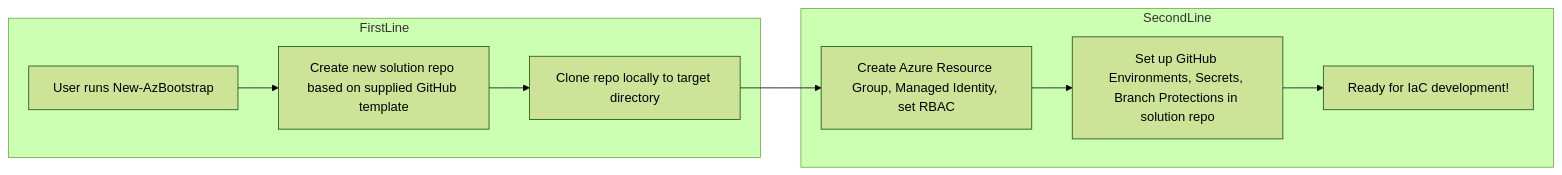
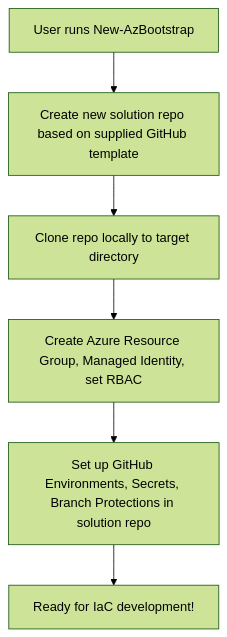
One commit to kewalaka/az-bootstrap changed the diagram in README.md. Above: the diagram before and after it, drawn with Mermaid (forest theme).

Commit message:
fix: go with simple mermaid style

````diff
--- a/README.md
+++ b/README.md
@@ -22,14 +22,8 @@
 ```mermaid
-flowchart LR
-    subgraph FirstLine
-        A[User runs New-AzBootstrap] --> B[Create new solution repo based on supplied GitHub template]
-        B --> C[Clone repo locally to target directory]
-    end
-    subgraph SecondLine
-        D[Create Azure Resource Group, Managed Identity, set RBAC]
-        E[Set up GitHub Environments, Secrets, Branch Protections in solution repo]
-        F[Ready for IaC development!]
-        D --> E --> F
-    end
-    C --> D
+flowchart TD
+    A[User runs New-AzBootstrap] --> B[Create new solution repo based on supplied GitHub template]
+    B --> C[Clone repo locally to target directory]
+    C --> D[Create Azure Resource Group, Managed Identity, set RBAC]
+    D --> E[Set up GitHub Environments, Secrets, Branch Protections in solution repo]
+    E --> F[Ready for IaC development!]
 ```
````
